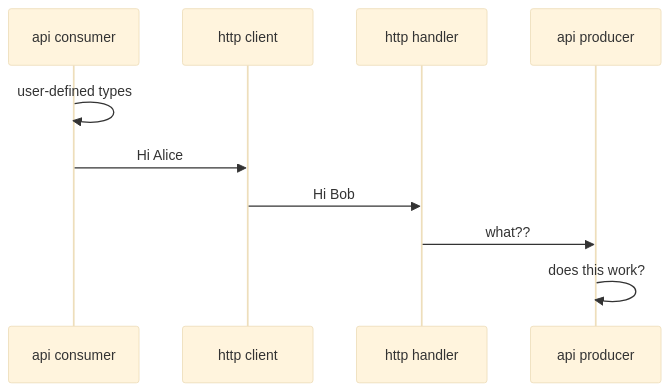
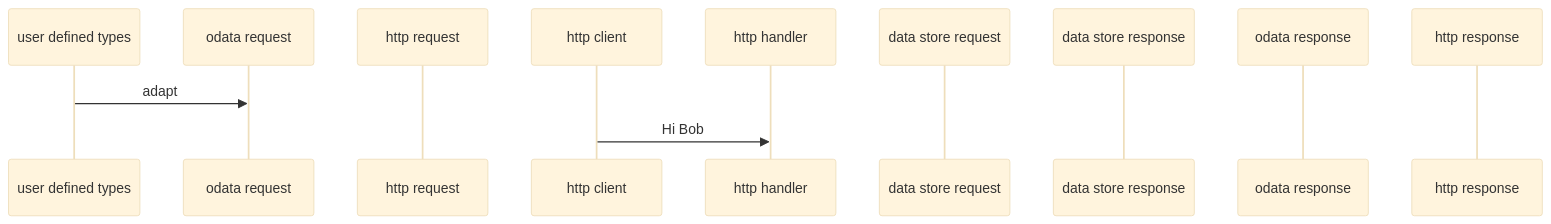
One commit to OData/odata.net changed the first of 2 diagrams in docs/architecture.md. Above: the diagram before and after it, drawn with Mermaid (base theme).

````diff
--- a/docs/architecture.md
+++ b/docs/architecture.md
@@ -221,12 +221,14 @@
 ```mermaid
 sequenceDiagram
-    participant api consumer
+    participant user defined types
+    participant odata request
+    participant http request
     participant http client
     participant http handler
-    participant api producer
-    api consumer->>api consumer: user-defined types
-    api consumer->>http client: Hi Alice
+    participant data store request
+    participant data store response
+    participant odata response
+    participant http response
+    user defined types->>odata request: adapt
     http client->>http handler: Hi Bob
-    http handler->>api producer: what??
-    api producer->>api producer: does this work?
 ```
````
